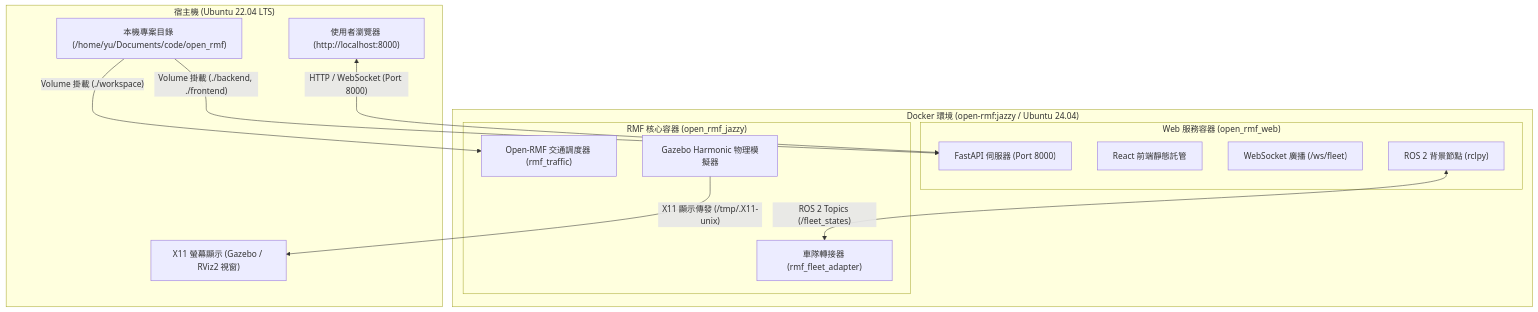
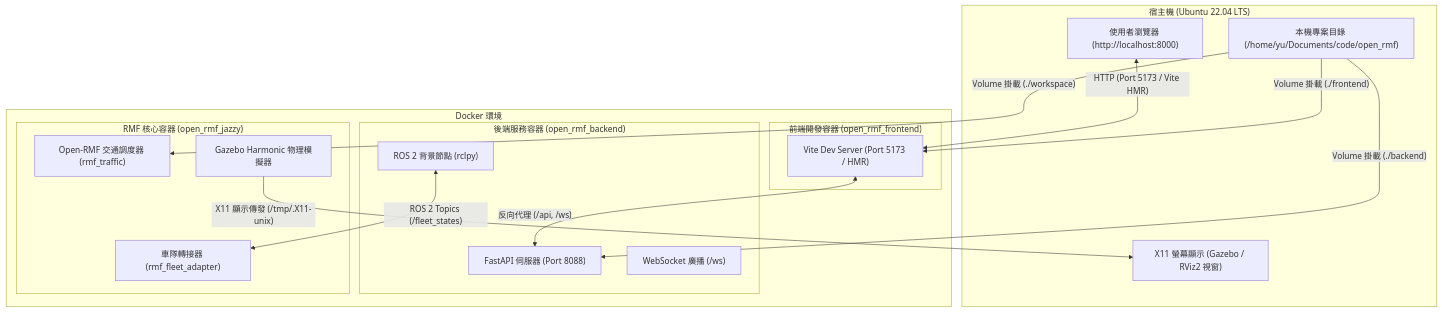
Before and after one commit to piggaycheng/rmf_isaacsim: the first of 4 diagrams in docs/architecture.md, drawn with Mermaid. The commit also changed 8 other files, not shown here.

First line of the commit message:
refactor(dev): containerize frontend dev environment and decouple backend service

````diff
--- a/docs/architecture.md
+++ b/docs/architecture.md
@@ -11,29 +11,34 @@
 ```mermaid
 flowchart TD
     subgraph Host ["宿主機 (Ubuntu 22.04 LTS)"]
         Browser["使用者瀏覽器 (http://localhost:8000)"]
         Screen["X11 螢幕顯示 (Gazebo / RViz2 視窗)"]
         HostCode["本機專案目錄 (/home/yu/Documents/code/open_rmf)"]
     end
 
-    subgraph Docker ["Docker 環境 (open-rmf:jazzy / Ubuntu 24.04)"]
-        subgraph WebService ["Web 服務容器 (open_rmf_web)"]
-            FastAPI["FastAPI 伺服器 (Port 8000)"]
-            Static["React 前端靜態託管"]
-            WSServer["WebSocket 廣播 (/ws/fleet)"]
+    subgraph Docker ["Docker 環境"]
+        subgraph BackendService ["後端服務容器 (open_rmf_backend)"]
+            FastAPI["FastAPI 伺服器 (Port 8088)"]
+            WSServer["WebSocket 廣播 (/ws)"]
             ROS2Bridge["ROS 2 背景節點 (rclpy)"]
+        end
+
+        subgraph FrontendService ["前端開發容器 (open_rmf_frontend)"]
+            ViteDev["Vite Dev Server (Port 5173 / HMR)"]
         end
 
         subgraph CoreService ["RMF 核心容器 (open_rmf_jazzy)"]
             RMFCore["Open-RMF 交通調度器 (rmf_traffic)"]
             FleetAdapter["車隊轉接器 (rmf_fleet_adapter)"]
             Gazebo["Gazebo Harmonic 物理模擬器"]
         end
     end
 
-    HostCode -->|"Volume 掛載 (./backend, ./frontend)"| FastAPI
+    HostCode -->|"Volume 掛載 (./backend)"| FastAPI
+    HostCode -->|"Volume 掛載 (./frontend)"| ViteDev
     HostCode -->|"Volume 掛載 (./workspace)"| RMFCore
-    Browser <-->|"HTTP / WebSocket (Port 8000)"| FastAPI
+    Browser <-->|"HTTP (Port 5173 / Vite HMR)"| ViteDev
+    ViteDev <-->|"反向代理 (/api, /ws)"| FastAPI
     Gazebo -->|"X11 顯示傳發 (/tmp/.X11-unix)"| Screen
     ROS2Bridge <-->|"ROS 2 Topics (/fleet_states)"| FleetAdapter
 ```
````
